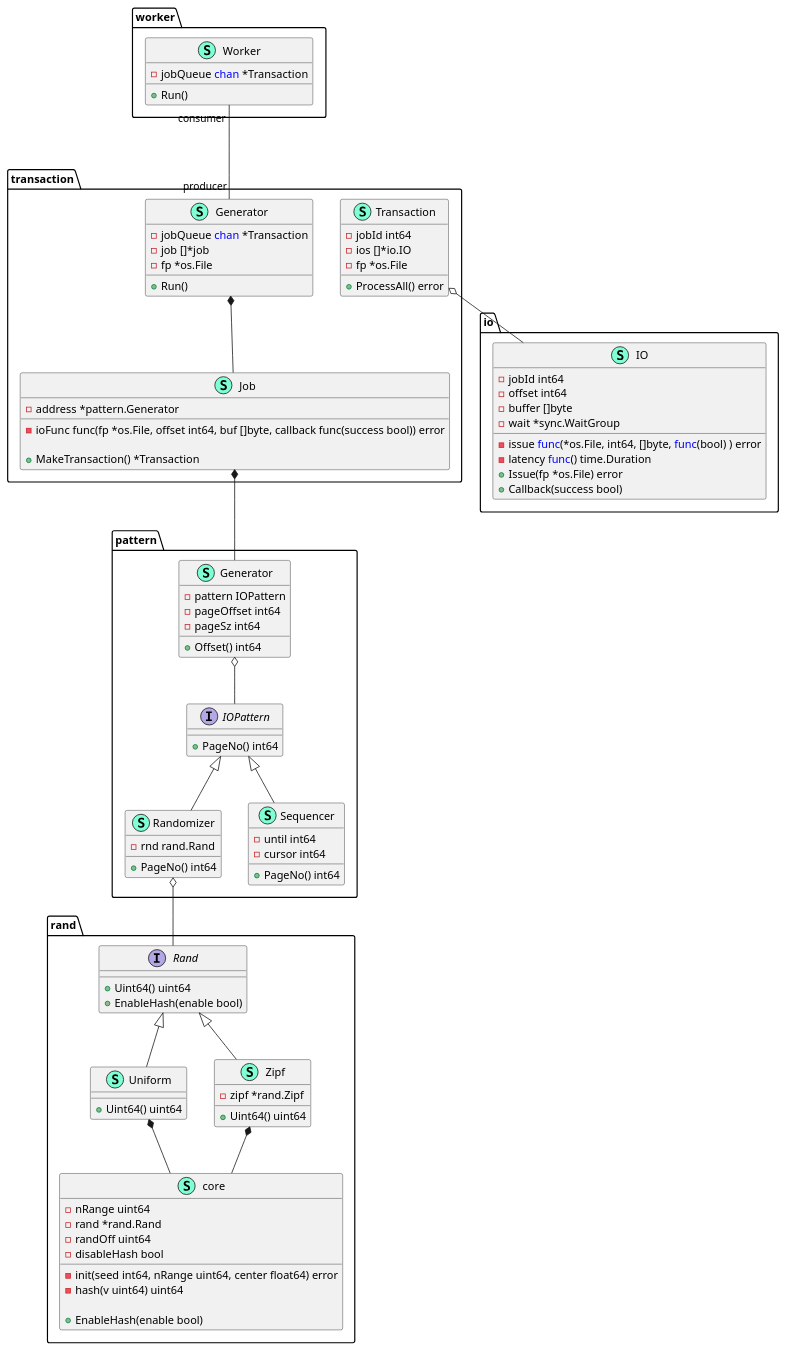
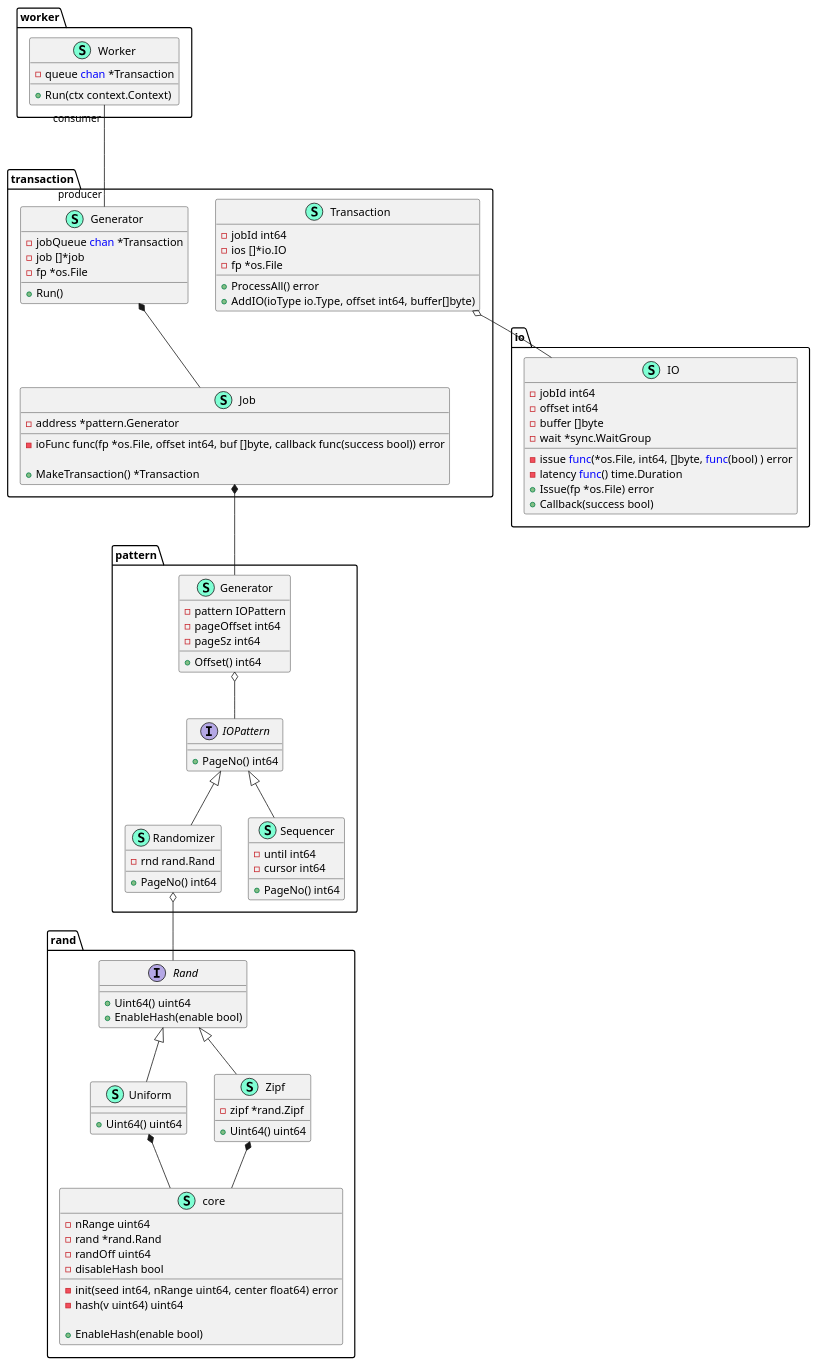
Before and after one commit to sungup/t-fio: the diagram in docs/class-diagram.puml, drawn with PlantUML. The commit also changed 7 other files, not shown here.

```diff
--- a/docs/class-diagram.puml
+++ b/docs/class-diagram.puml
@@ -1,125 +1,126 @@
 @startuml
 
 namespace io {
     class IO << (S,Aquamarine) >> {
         - jobId int64
         - offset int64
         - buffer []byte
         - issue <font color=blue>func</font>(*os.File, int64, []byte, <font color=blue>func</font>(bool) ) error
         - latency <font color=blue>func</font>() time.Duration
         - wait *sync.WaitGroup
 
         + Issue(fp *os.File) error
         + Callback(success bool)
     }
 }
 
 namespace pattern {
     class Generator << (S,Aquamarine) >> {
         - pattern IOPattern
         - pageOffset int64
         - pageSz int64
 
         + Offset() int64
 
     }
     interface IOPattern  {
         + PageNo() int64
 
     }
     class Randomizer << (S,Aquamarine) >> {
         - rnd rand.Rand
 
         + PageNo() int64
 
     }
     class Sequencer << (S,Aquamarine) >> {
         - until int64
         - cursor int64
 
         + PageNo() int64
 
     }
 }
 "pattern.IOPattern" <|-- "pattern.Randomizer"
 "pattern.IOPattern" <|-- "pattern.Sequencer"
 "pattern.Generator" o-- "pattern.IOPattern"
 
 namespace rand {
     interface Rand  {
         + Uint64() uint64
         + EnableHash(enable bool) 
 
     }
     class Uniform << (S,Aquamarine) >> {
         + Uint64() uint64
 
     }
     class Zipf << (S,Aquamarine) >> {
         - zipf *rand.Zipf
 
         + Uint64() uint64
 
     }
     class core << (S,Aquamarine) >> {
         - nRange uint64
         - rand *rand.Rand
         - randOff uint64
         - disableHash bool
 
         - init(seed int64, nRange uint64, center float64) error
         - hash(v uint64) uint64
 
         + EnableHash(enable bool) 
 
     }
 }
 "rand.Uniform" *-- "rand.core"
 "rand.Zipf" *-- "rand.core"
 "rand.Rand" <|-- "rand.Uniform"
 "rand.Rand" <|-- "rand.Zipf"
 
 namespace transaction {
     ' Transaction Generator
     class Job << (S, Aquamarine) >> {
         - address *pattern.Generator
 
         - ioFunc func(fp *os.File, offset int64, buf []byte, callback func(success bool)) error
 
         + MakeTransaction() *Transaction
     }
     class Generator << (S, Aquamarine) >> {
         - jobQueue <font color=blue>chan</font> *Transaction
         - job []*job
         - fp *os.File
 
         + Run()
     }
     class Transaction << (S, Aquamarine) >> {
         - jobId int64
         - ios []*io.IO
         - fp *os.File
 
         + ProcessAll() error
+        + AddIO(ioType io.Type, offset int64, buffer[]byte)
     }
 }
 "transaction.Generator" *-- "transaction.Job"
 
 namespace worker {
     /'
       Each worker run only their own transaction at a time.
      '/
     class Worker << (S, Aquamarine) >> {
-        - jobQueue <font color=blue>chan</font> *Transaction
+        - queue <font color=blue>chan</font> *Transaction
 
-        + Run()
+        + Run(ctx context.Context)
     }
 }
 
 ' Global associations
 "pattern.Randomizer" o-- "rand.Rand"
 "transaction.Transaction" o-- "io.IO"
 "transaction.Job" *-- "pattern.Generator"
 "worker.Worker" "consumer" --- "producer" "transaction.Generator"
 
 @enduml
```
